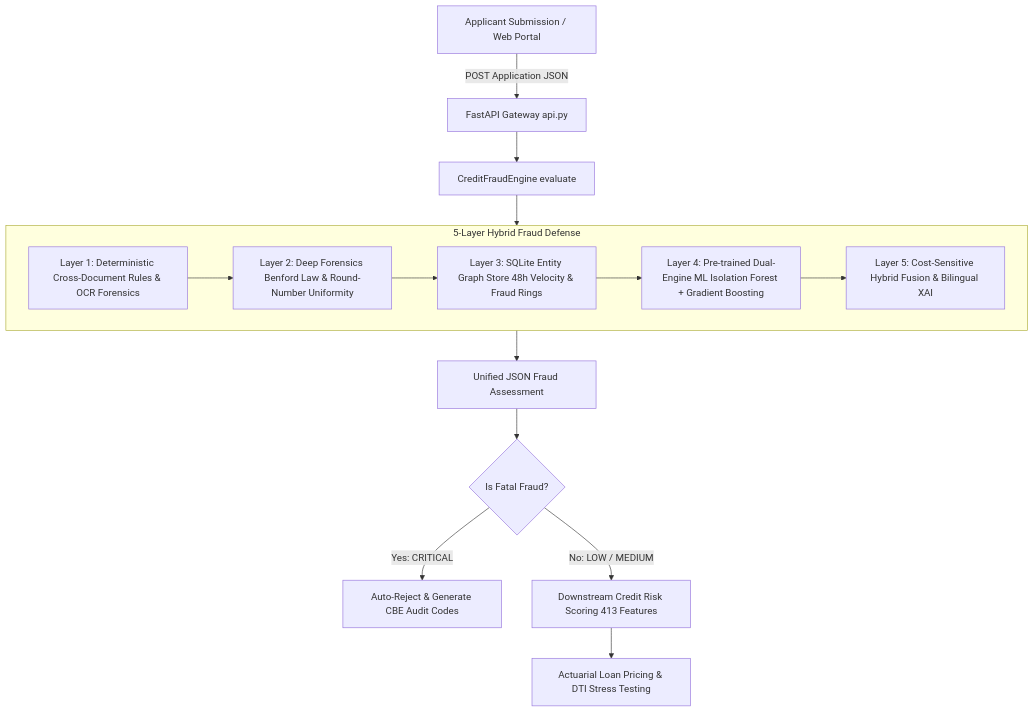
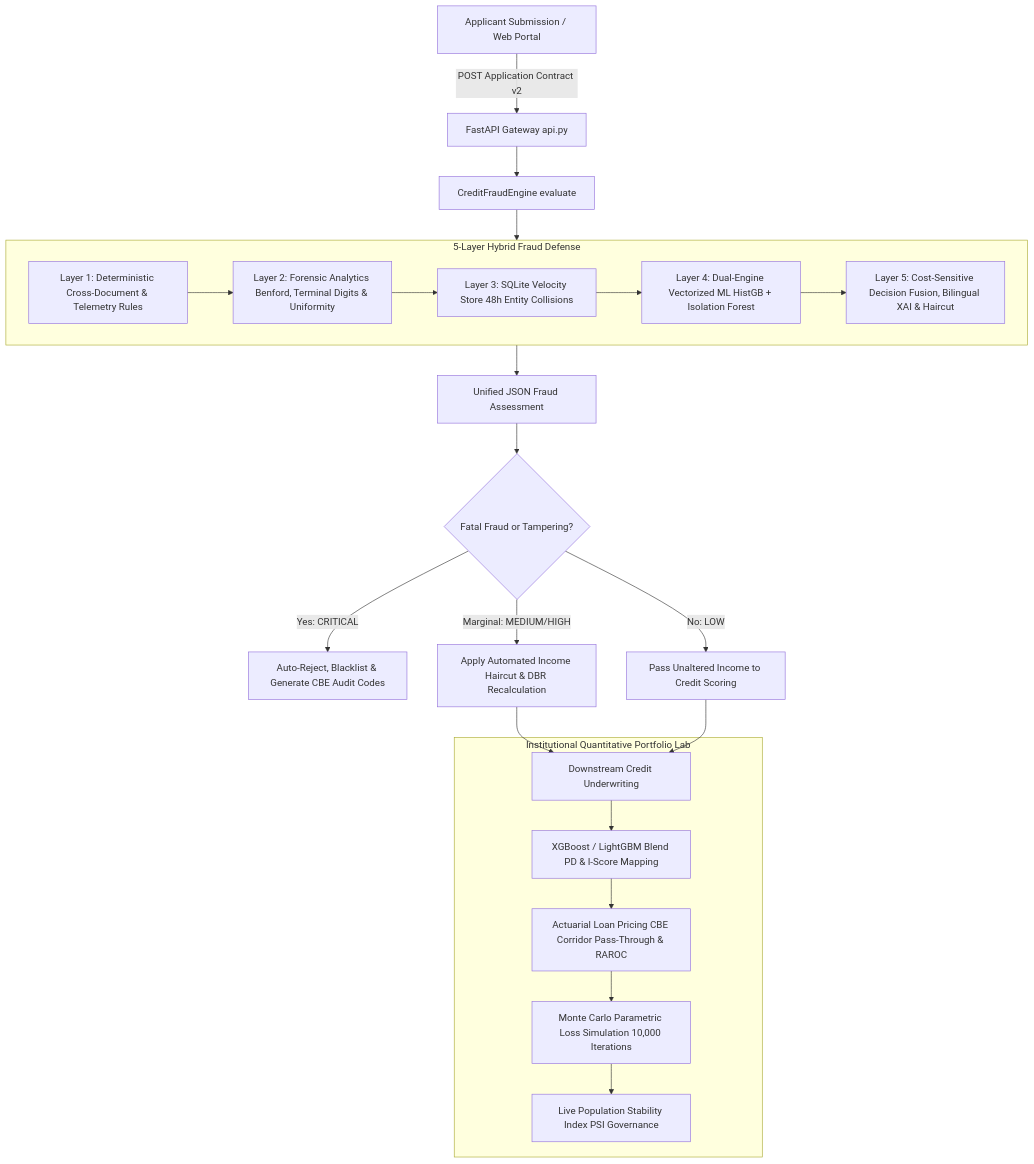
Before and after one commit to tasneem33355/credit-risk-model: the diagram in README.md, drawn with Mermaid. The commit also changed other lines of this file, not shown here.

````diff
--- a/README.md
+++ b/README.md
@@ -123,21 +123,31 @@
 ```mermaid
 flowchart TD
-    App[Applicant Submission / Web Portal] -->|POST Application JSON| API[FastAPI Gateway api.py]
+    App[Applicant Submission / Web Portal] -->|POST Application Contract v2| API[FastAPI Gateway api.py]
     API --> Eng[CreditFraudEngine evaluate]
     
     subgraph Layers [5-Layer Hybrid Fraud Defense]
-        L1[Layer 1: Deterministic Cross-Document Rules & OCR Forensics]
-        L2[Layer 2: Deep Forensics Benford Law & Round-Number Uniformity]
-        L3[Layer 3: SQLite Entity Graph Store 48h Velocity & Fraud Rings]
-        L4[Layer 4: Pre-trained Dual-Engine ML Isolation Forest + Gradient Boosting]
-        L5[Layer 5: Cost-Sensitive Hybrid Fusion & Bilingual XAI]
+        L1[Layer 1: Deterministic Cross-Document & Telemetry Rules]
+        L2[Layer 2: Forensic Analytics Benford, Terminal Digits & Uniformity]
+        L3[Layer 3: SQLite Velocity Store 48h Entity Collisions]
+        L4[Layer 4: Dual-Engine Vectorized ML HistGB + Isolation Forest]
+        L5[Layer 5: Cost-Sensitive Decision Fusion, Bilingual XAI & Haircut]
         L1 --> L2 --> L3 --> L4 --> L5
     end
     
     Eng --> Layers
     Layers --> Output[Unified JSON Fraud Assessment]
-    Output --> Check{Is Fatal Fraud?}
-    Check -->|Yes: CRITICAL| Reject[Auto-Reject & Generate CBE Audit Codes]
-    Check -->|No: LOW / MEDIUM| RiskModel[Downstream Credit Risk Scoring 413 Features]
-    RiskModel --> Pricing[Actuarial Loan Pricing & DTI Stress Testing]
+    Output --> Gate{Fatal Fraud or Tampering?}
+    Gate -->|Yes: CRITICAL| Reject[Auto-Reject, Blacklist & Generate CBE Audit Codes]
+    Gate -->|Marginal: MEDIUM/HIGH| Haircut[Apply Automated Income Haircut & DBR Recalculation]
+    Gate -->|No: LOW| Pass[Pass Unaltered Income to Credit Scoring]
+    
+    Haircut --> Downstream[Downstream Credit Underwriting]
+    Pass --> Downstream
+    
+    subgraph QuantLab [Institutional Quantitative Portfolio Lab]
+        Downstream --> Score[XGBoost / LightGBM Blend PD & I-Score Mapping]
+        Score --> Pricing[Actuarial Loan Pricing CBE Corridor Pass-Through & RAROC]
+        Pricing --> MonteCarlo[Monte Carlo Parametric Loss Simulation 10,000 Iterations]
+        MonteCarlo --> Drift[Live Population Stability Index PSI Governance]
+    end
 ```
````
